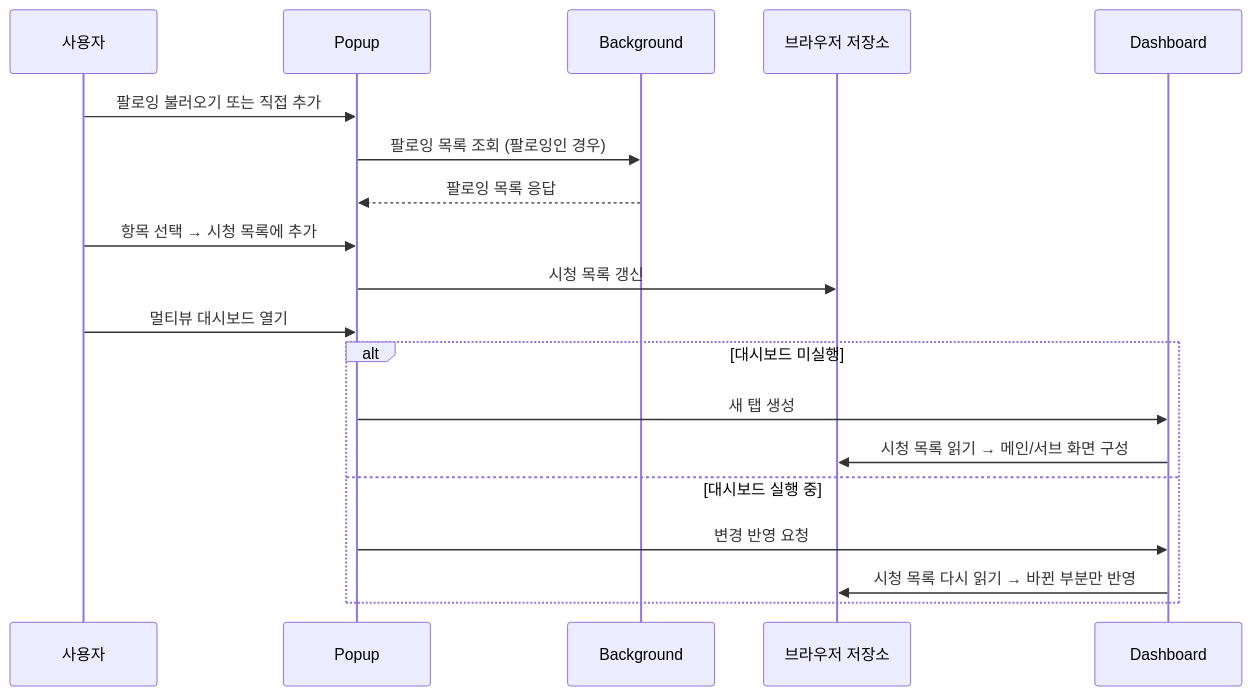
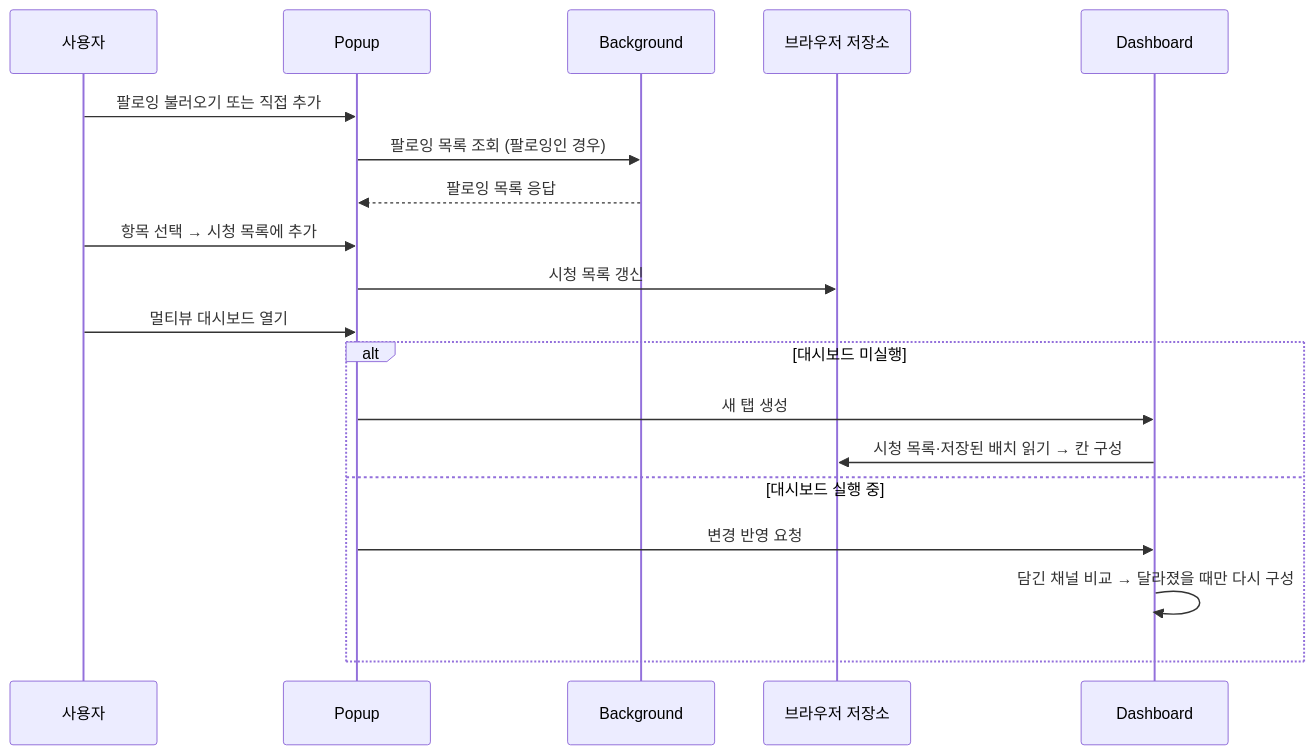
The second of 2 diagrams in document/Architecture.md (QYnote/ChzzkMultiViewer), drawn with Mermaid before and after one commit. The commit also changed other lines of this file and 7 other files, not shown here.

````diff
--- a/document/Architecture.md
+++ b/document/Architecture.md
@@ -66,22 +66,22 @@
 ```mermaid
 sequenceDiagram
   participant U as 사용자
   participant P as Popup
   participant BG as Background
   participant S as 브라우저 저장소
   participant D as Dashboard
 
   U->>P: 팔로잉 불러오기 또는 직접 추가
   P->>BG: 팔로잉 목록 조회 (팔로잉인 경우)
   BG-->>P: 팔로잉 목록 응답
   U->>P: 항목 선택 → 시청 목록에 추가
   P->>S: 시청 목록 갱신
   U->>P: 멀티뷰 대시보드 열기
   alt 대시보드 미실행
     P->>D: 새 탭 생성
-    D->>S: 시청 목록 읽기 → 메인/서브 화면 구성
+    D->>S: 시청 목록·저장된 배치 읽기 → 칸 구성
   else 대시보드 실행 중
     P->>D: 변경 반영 요청
-    D->>S: 시청 목록 다시 읽기 → 바뀐 부분만 반영
+    D->>D: 담긴 채널 비교 → 달라졌을 때만 다시 구성
   end
 ```
````
